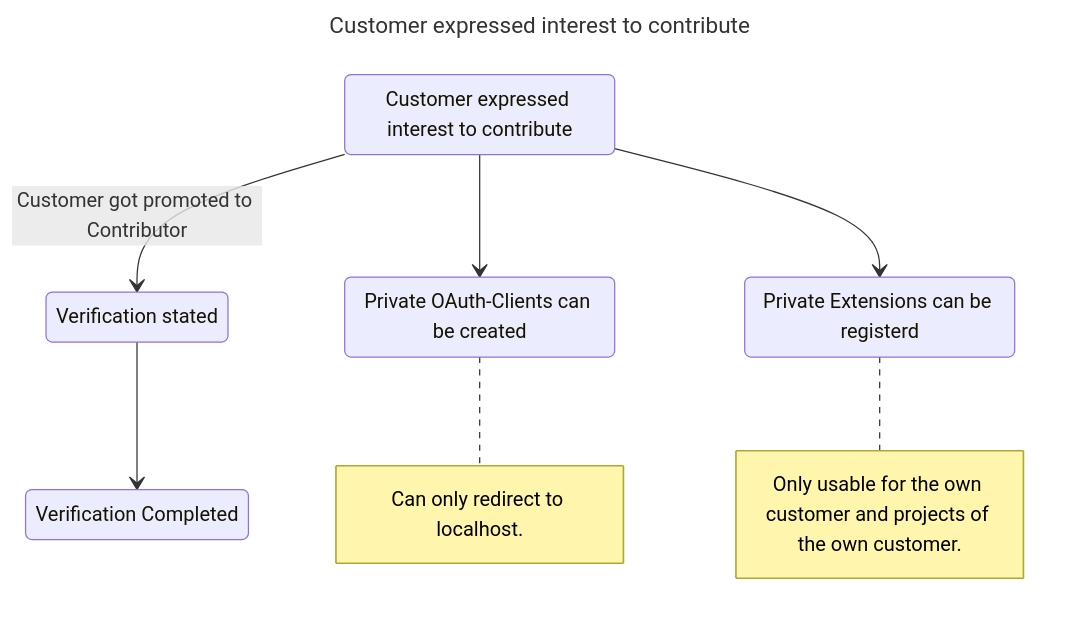
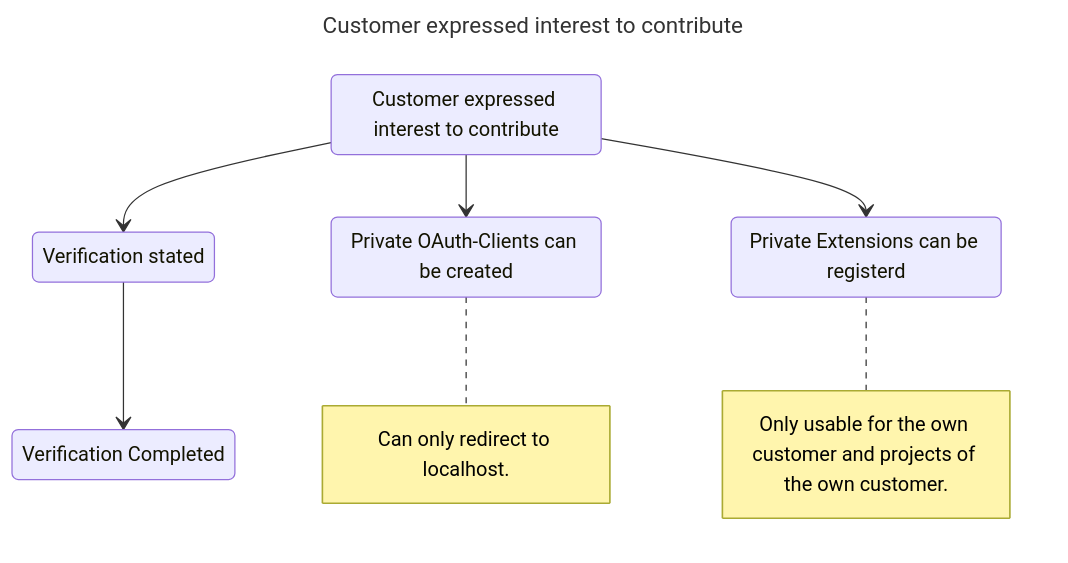
The first of 2 diagrams in docs/contribution/30-overview/3-contributor.mdx (mittwald/developer-portal), drawn with Mermaid before and after one commit. The commit also changed other lines of this file and 1 other file, not shown here.

Commit message:
unfree -> chargable

````diff
--- a/docs/contribution/30-overview/3-contributor.mdx
+++ b/docs/contribution/30-overview/3-contributor.mdx
@@ -10,24 +10,24 @@
 ```mermaid
 ---
 title: Customer expressed interest to contribute
 ---
 
 stateDiagram-v2
     C1: Customer expressed interest to contribute
     C2: Verification stated
     C3: Verification Completed
     E1: Private Extensions can be registerd
     O1: Private OAuth-Clients can be created
 
     note right of O1
         Can only redirect to localhost.
     end note
     note right of E1
         Only usable for the own customer and projects of the own customer.
     end note
 
-    C1 --> C2: Customer got promoted to Contributor
+    C1 --> C2
     C2 --> C3
     C1 --> E1
     C1 --> O1
 ```
````
